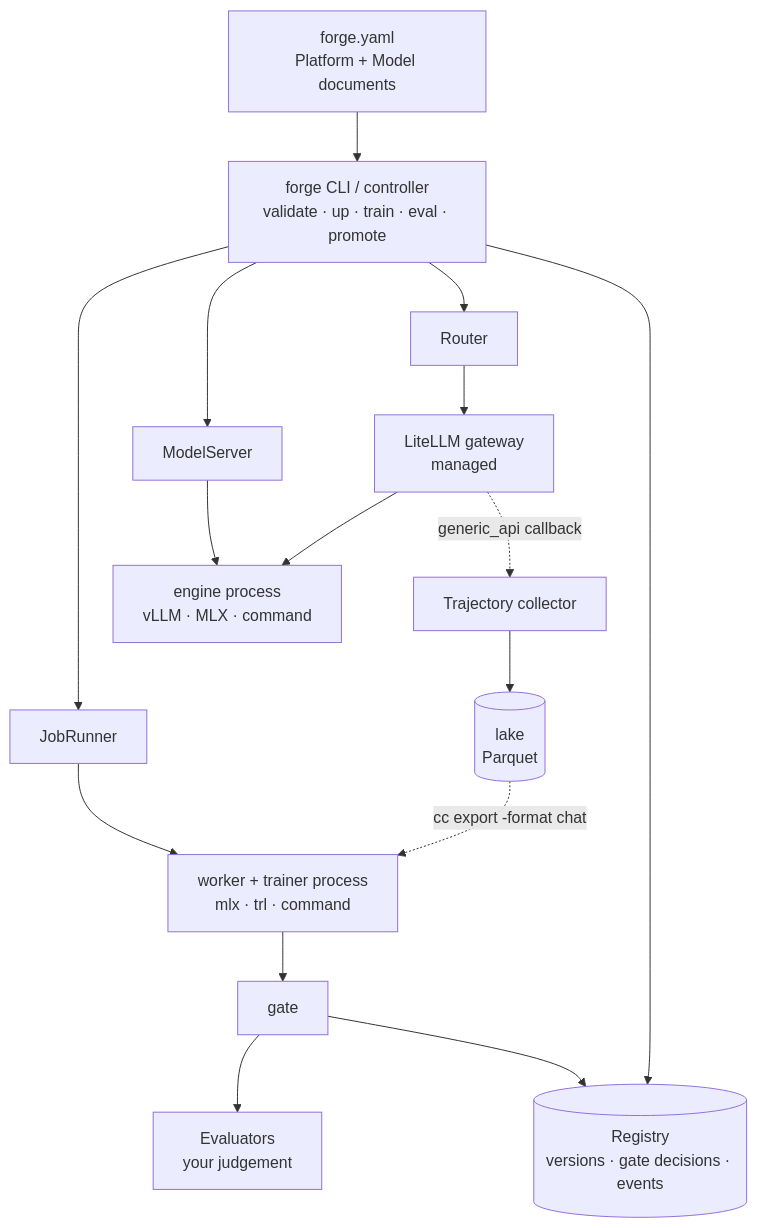
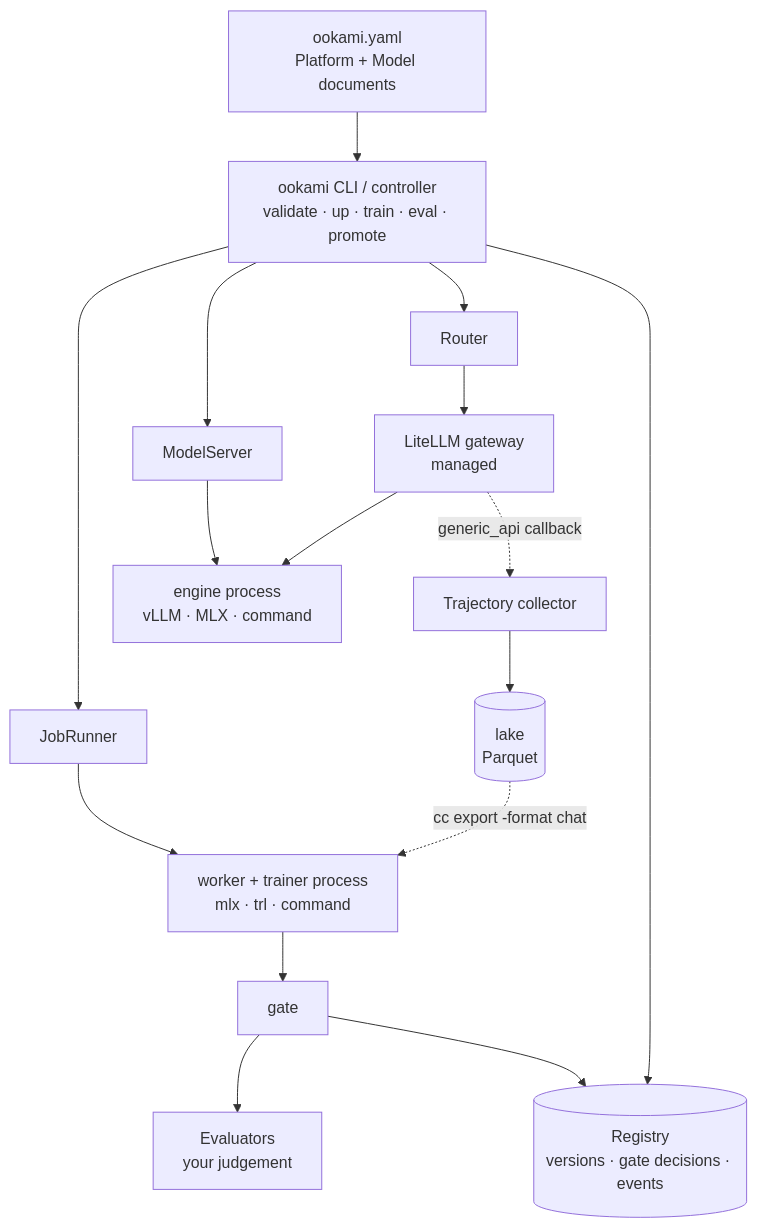
The first of 3 diagrams in docs/architecture.md (KatyarAILabs/Ookami), drawn with Mermaid before and after one commit. The commit also changed other lines of this file and 114 other files, not shown here.

````diff
--- a/docs/architecture.md
+++ b/docs/architecture.md
@@ -5,18 +5,18 @@
 ```mermaid
 flowchart TB
-    cfg["forge.yaml<br/>Platform + Model documents"] --> cli["forge CLI / controller<br/>validate · up · train · eval · promote"]
+    cfg["ookami.yaml<br/>Platform + Model documents"] --> cli["ookami CLI / controller<br/>validate · up · train · eval · promote"]
     cli --> jr["JobRunner"]
     cli --> ms["ModelServer"]
     cli --> rt["Router"]
     cli --> reg[("Registry<br/>versions · gate decisions · events")]
     jr --> worker["worker + trainer process<br/>mlx · trl · command"]
     ms --> engine["engine process<br/>vLLM · MLX · command"]
     rt --> gw["LiteLLM gateway<br/>managed"]
     worker --> gate["gate"]
     gate --> ev["Evaluators<br/>your judgement"]
     gate --> reg
     gw --> engine
     gw -. "generic_api callback" .-> traj["Trajectory collector"]
     traj --> lake[("lake<br/>Parquet")]
     lake -. "cc export -format chat" .-> worker
 ```
````
